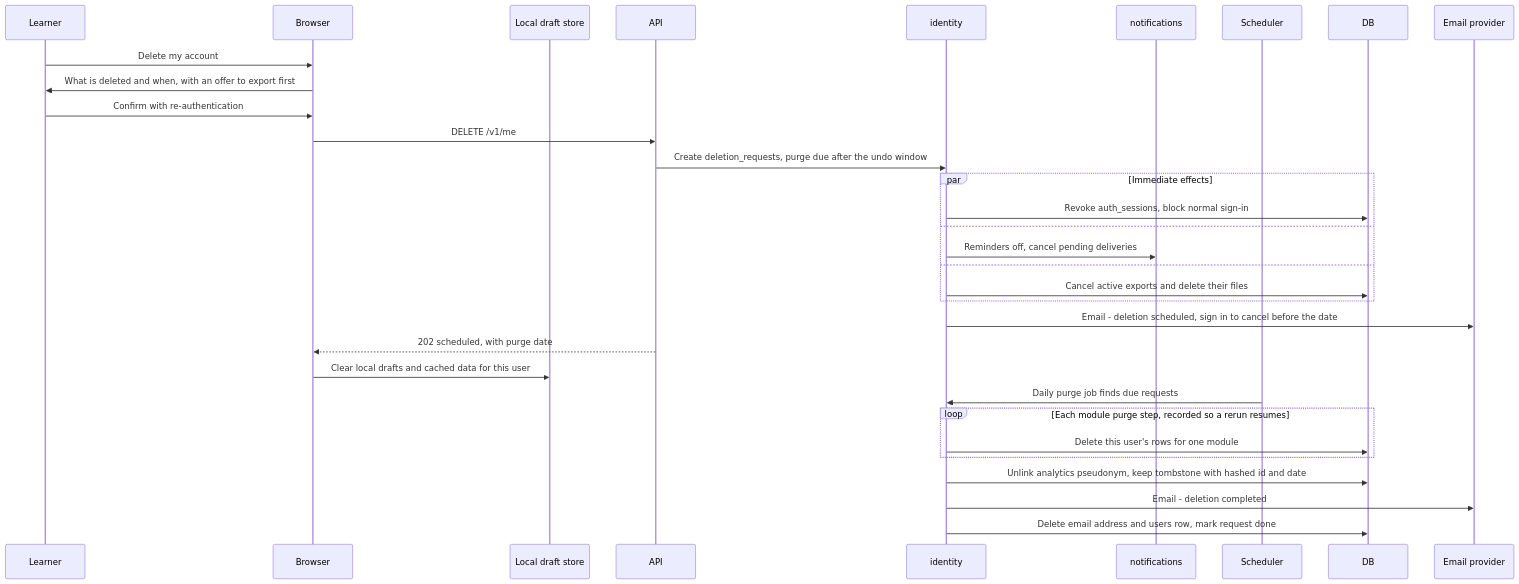
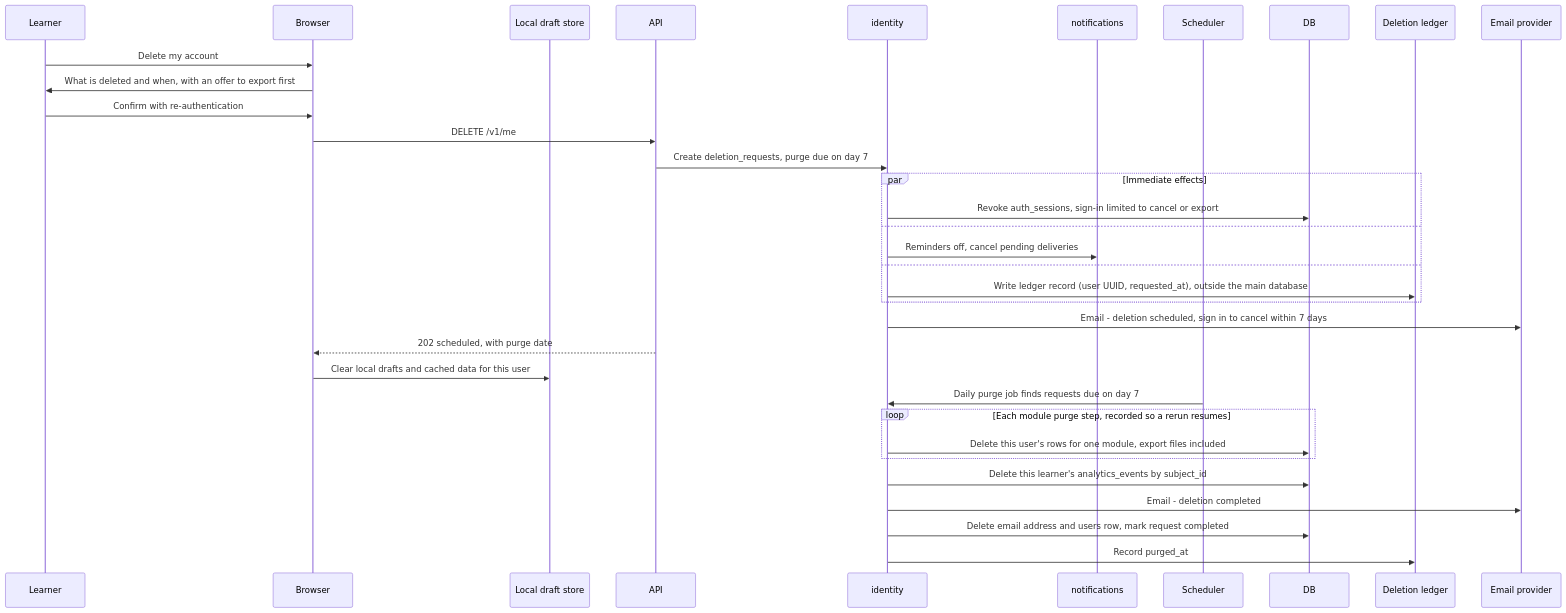
One commit to GhanshyamSoni68/app_idea changed diagram 19 of 19 in devstep/docs/03-key-flows.md. Above: the diagram before and after it, drawn with Mermaid. The commit also changed other lines of this file and 8 other files, not shown here.

````diff
--- a/devstep/docs/03-key-flows.md
+++ b/devstep/docs/03-key-flows.md
@@ -1110,34 +1142,36 @@
 ```mermaid
 sequenceDiagram
     participant L as Learner
     participant B as Browser
     participant LS as Local draft store
     participant API
     participant ID as identity
     participant NTF as notifications
     participant SJ as Scheduler
     participant DB
+    participant LDG as Deletion ledger
     participant EP as Email provider
     L->>B: Delete my account
     B->>L: What is deleted and when, with an offer to export first
     L->>B: Confirm with re-authentication
     B->>API: DELETE /v1/me
-    API->>ID: Create deletion_requests, purge due after the undo window
+    API->>ID: Create deletion_requests, purge due on day 7
     par Immediate effects
-        ID->>DB: Revoke auth_sessions, block normal sign-in
+        ID->>DB: Revoke auth_sessions, sign-in limited to cancel or export
     and
         ID->>NTF: Reminders off, cancel pending deliveries
     and
-        ID->>DB: Cancel active exports and delete their files
+        ID->>LDG: Write ledger record (user UUID, requested_at), outside the main database
     end
-    ID->>EP: Email - deletion scheduled, sign in to cancel before the date
+    ID->>EP: Email - deletion scheduled, sign in to cancel within 7 days
     API-->>B: 202 scheduled, with purge date
     B->>LS: Clear local drafts and cached data for this user
-    SJ->>ID: Daily purge job finds due requests
+    SJ->>ID: Daily purge job finds requests due on day 7
     loop Each module purge step, recorded so a rerun resumes
-        ID->>DB: Delete this user's rows for one module
+        ID->>DB: Delete this user's rows for one module, export files included
     end
-    ID->>DB: Unlink analytics pseudonym, keep tombstone with hashed id and date
+    ID->>DB: Delete this learner's analytics_events by subject_id
     ID->>EP: Email - deletion completed
-    ID->>DB: Delete email address and users row, mark request done
+    ID->>DB: Delete email address and users row, mark request completed
+    ID->>LDG: Record purged_at
 ```
````
